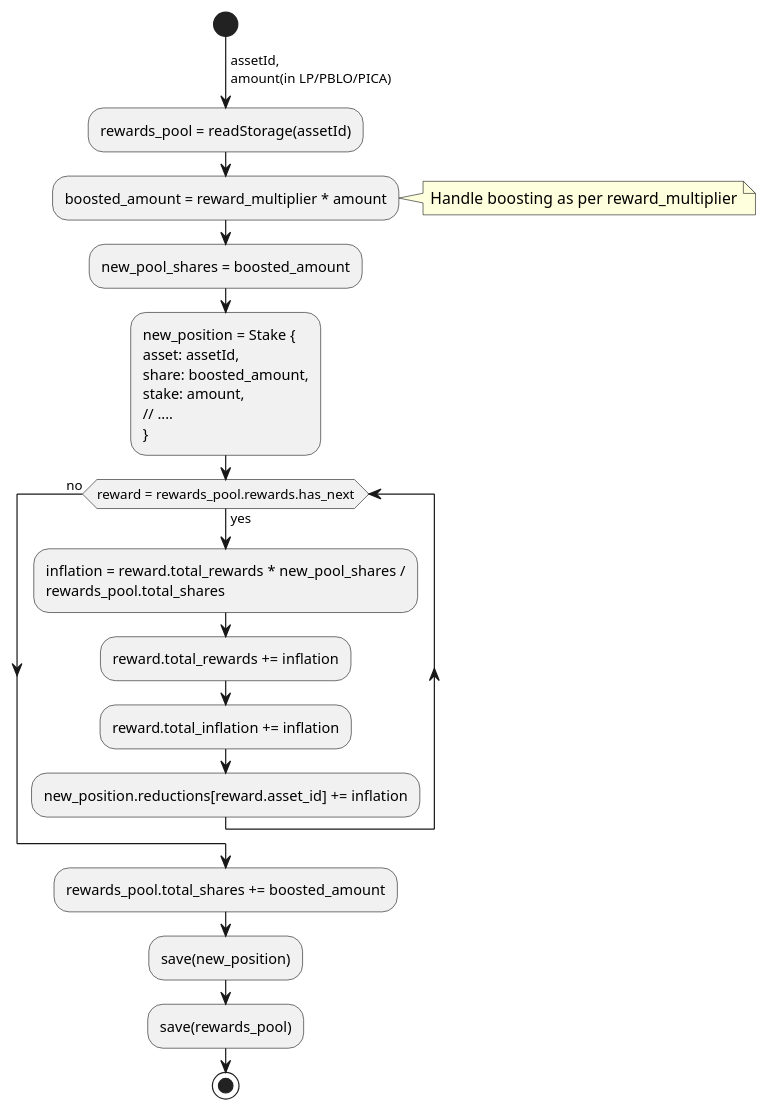
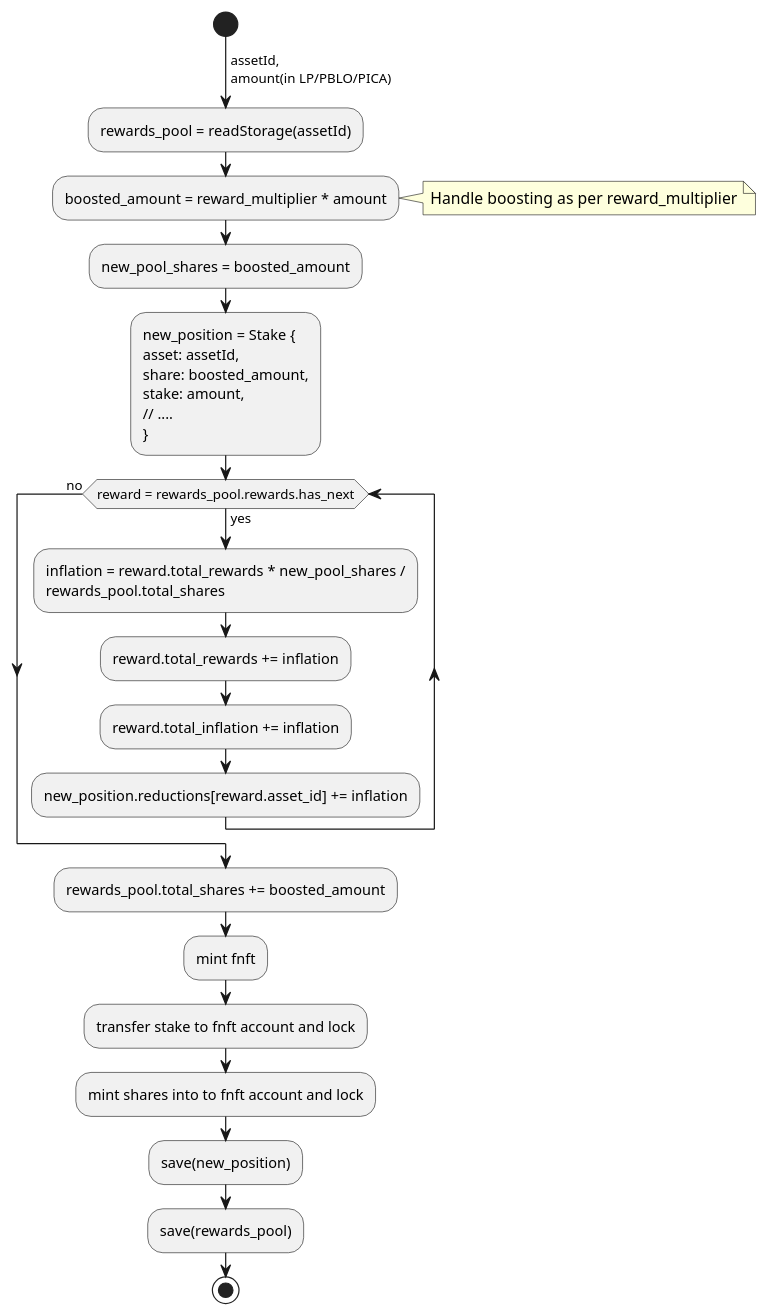
Before and after one commit to ComposableFi/composable: the fourth of 9 diagrams in rfcs/0005-pablo-distribution-assets/0005-pablo-distribution.adoc, drawn with PlantUML. The commit also changed other lines of this file and 14 other files, not shown here.

```diff
--- a/rfcs/0005-pablo-distribution-assets/0005-pablo-distribution.adoc
+++ b/rfcs/0005-pablo-distribution-assets/0005-pablo-distribution.adoc
@@ -396,25 +402,28 @@
 [plantuml,images/staking,png]
 ----
 start
 ->assetId,\namount(in LP/PBLO/PICA);
 :rewards_pool = readStorage(assetId);
 :boosted_amount = reward_multiplier * amount;
 note right: Handle boosting as per reward_multiplier
 :new_pool_shares = boosted_amount;
 :new_position = Stake {
 asset: assetId,
 share: boosted_amount,
 stake: amount,
 // ....
 };
 while (reward = rewards_pool.rewards.has_next) is (yes)
     :inflation = reward.total_rewards * new_pool_shares /\nrewards_pool.total_shares;
     :reward.total_rewards += inflation;
     :reward.total_inflation += inflation;
     :new_position.reductions[reward.asset_id] += inflation;
 endwhile (no)
 :rewards_pool.total_shares += boosted_amount;
+:mint fnft;
+:transfer stake to fnft account and lock;
+:mint shares into to fnft account and lock;
 :save(new_position);
 :save(rewards_pool);
 stop
 ----
```
